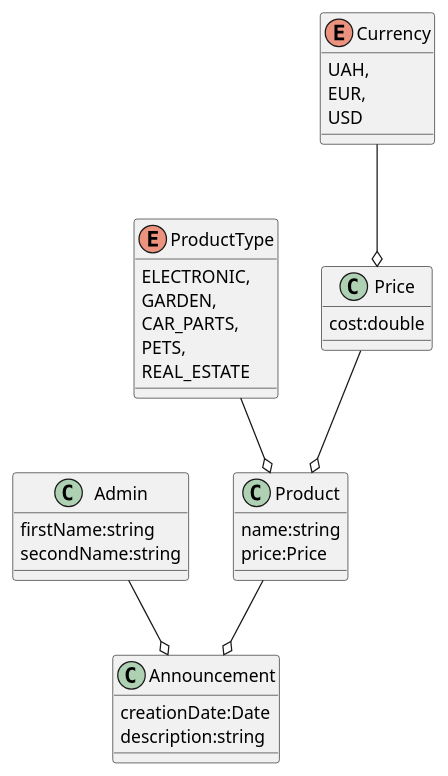
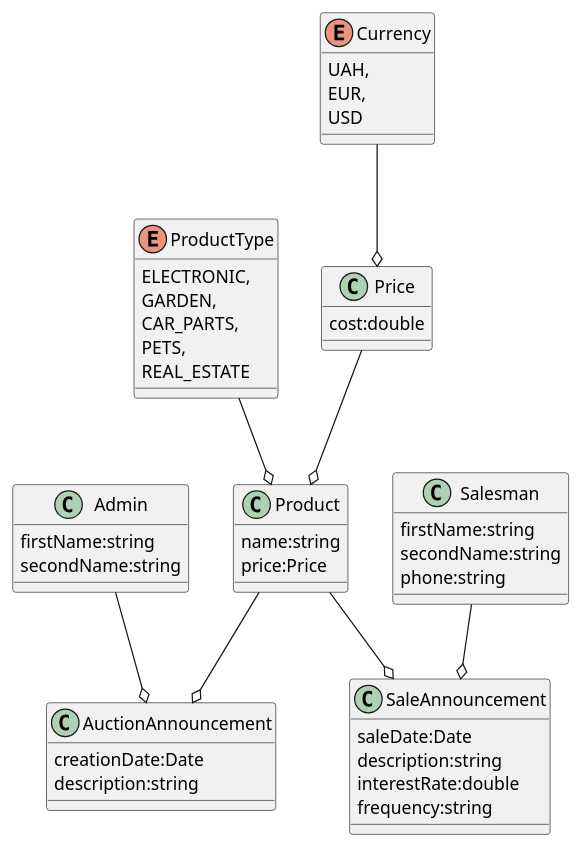
One commit to MrTorfis0017/Gleb changed the diagram in Bom.puml. Above: the diagram before and after it, drawn with PlantUML. The commit also changed 3 other files, not shown here.

```diff
--- a/Bom.puml
+++ b/Bom.puml
@@ -1,45 +1,59 @@
 @startuml
 'https://plantuml.com/class-diagram
 
 
 class Admin {
 firstName:string
 secondName:string
 }
 
 enum ProductType{
 ELECTRONIC,
 GARDEN,
 CAR_PARTS,
 PETS,
 REAL_ESTATE
 }
 
 enum Currency{
 UAH,
 EUR,
 USD
 }
 
 class Price{
 cost:double
 }
 
 class Product{
 name:string
 price:Price
 }
 
-class Announcement{
+class AuctionAnnouncement{
 creationDate:Date
 description:string
 }
 
-Admin --o Announcement
-Product --o Announcement
+class Salesman{
+firstName:string
+secondName:string
+phone:string
+}
+
+class SaleAnnouncement{
+saleDate:Date
+description:string
+interestRate:double
+frequency:string
+}
+
+Admin --o AuctionAnnouncement
+Product --o AuctionAnnouncement
 Currency --o Price
 Price --o Product
 ProductType --o Product
-
+Salesman --o SaleAnnouncement
+Product --o SaleAnnouncement
 
 @enduml
```
